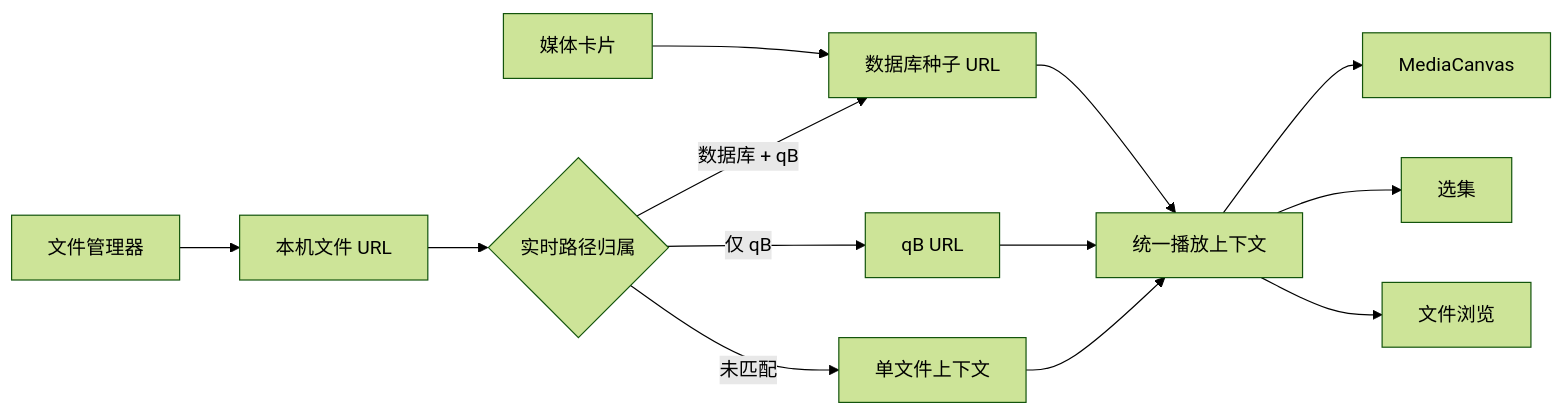
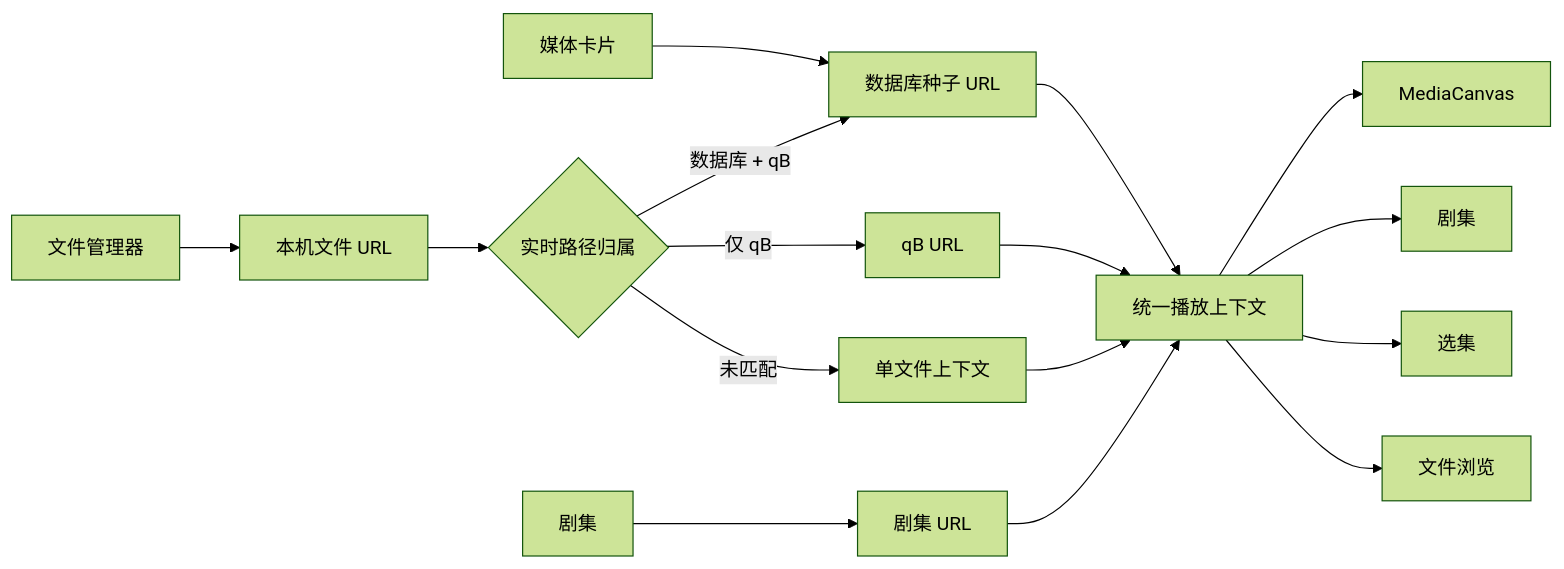
One commit to Huffer342-WSH/NexusBridge changed the diagram in docs/modules/playback.md. Above: the diagram before and after it, drawn with Mermaid (forest theme). The commit also changed other lines of this file and 25 other files, not shown here.

````diff
--- a/docs/modules/playback.md
+++ b/docs/modules/playback.md
@@ -25,15 +26,18 @@
 ```mermaid
 flowchart LR
     Card[媒体卡片] --> TorrentRoute[数据库种子 URL]
     Manager[文件管理器] --> FileRoute[本机文件 URL]
+    Series[剧集] --> SeriesRoute[剧集 URL]
     FileRoute --> Match{实时路径归属}
     Match -->|数据库 + qB| TorrentRoute
     Match -->|仅 qB| QBRoute[qB URL]
     Match -->|未匹配| Local[单文件上下文]
     TorrentRoute --> Context[统一播放上下文]
     QBRoute --> Context
     Local --> Context
+    SeriesRoute --> Context
     Context --> Canvas[MediaCanvas]
+    Context --> SeriesFiles[剧集]
     Context --> Episodes[选集]
     Context --> Browser[文件浏览]
 ```
````
